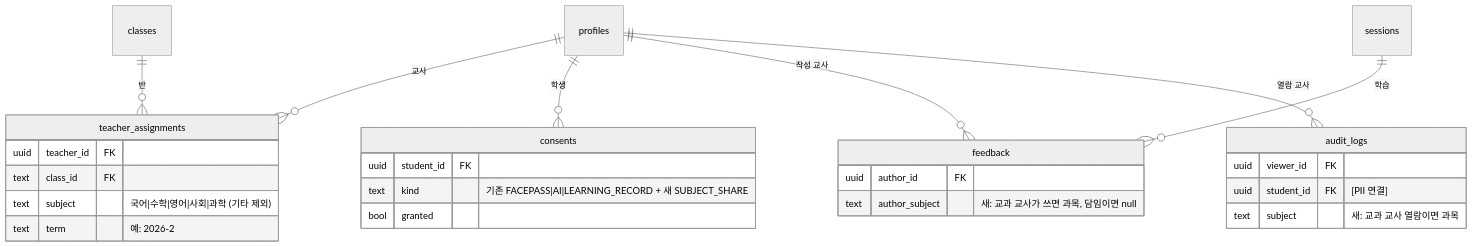
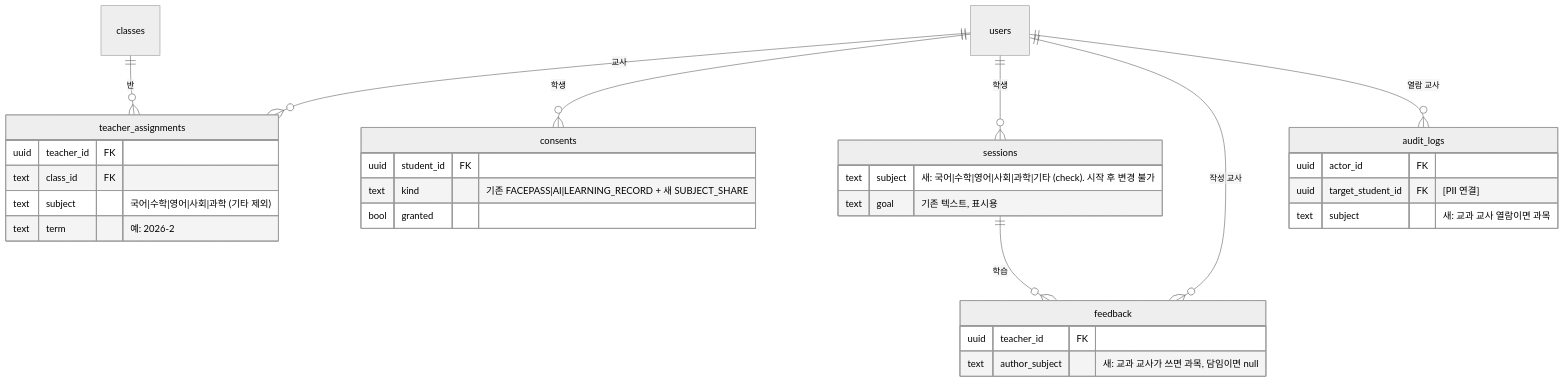
One commit to sy7code/EDU changed the diagram in docs/03-erd.md. Above: the diagram before and after it, drawn with Mermaid (neutral theme). The commit also changed other lines of this file and 5 other files, not shown here.

````diff
--- a/docs/03-erd.md
+++ b/docs/03-erd.md
@@ -7,30 +7,35 @@
 ```mermaid
 erDiagram
-  profiles ||--o{ teacher_assignments : "교사"
+  users ||--o{ teacher_assignments : "교사"
   classes ||--o{ teacher_assignments : "반"
-  profiles ||--o{ consents : "학생"
+  users ||--o{ consents : "학생"
+  users ||--o{ sessions : "학생"
   sessions ||--o{ feedback : "학습"
-  profiles ||--o{ feedback : "작성 교사"
-  profiles ||--o{ audit_logs : "열람 교사"
+  users ||--o{ feedback : "작성 교사"
+  users ||--o{ audit_logs : "열람 교사"
 
   teacher_assignments {
     uuid teacher_id FK
     text class_id FK
     text subject "국어|수학|영어|사회|과학 (기타 제외)"
     text term "예: 2026-2"
   }
   consents {
     uuid student_id FK
     text kind "기존 FACEPASS|AI|LEARNING_RECORD + 새 SUBJECT_SHARE"
     bool granted
   }
+  sessions {
+    text subject "새: 국어|수학|영어|사회|과학|기타 (check). 시작 후 변경 불가"
+    text goal "기존 텍스트, 표시용"
+  }
   feedback {
-    uuid author_id FK
+    uuid teacher_id FK
     text author_subject "새: 교과 교사가 쓰면 과목, 담임이면 null"
   }
   audit_logs {
-    uuid viewer_id FK
-    uuid student_id FK "[PII 연결]"
+    uuid actor_id FK
+    uuid target_student_id FK "[PII 연결]"
     text subject "새: 교과 교사 열람이면 과목"
   }
 ```
````
